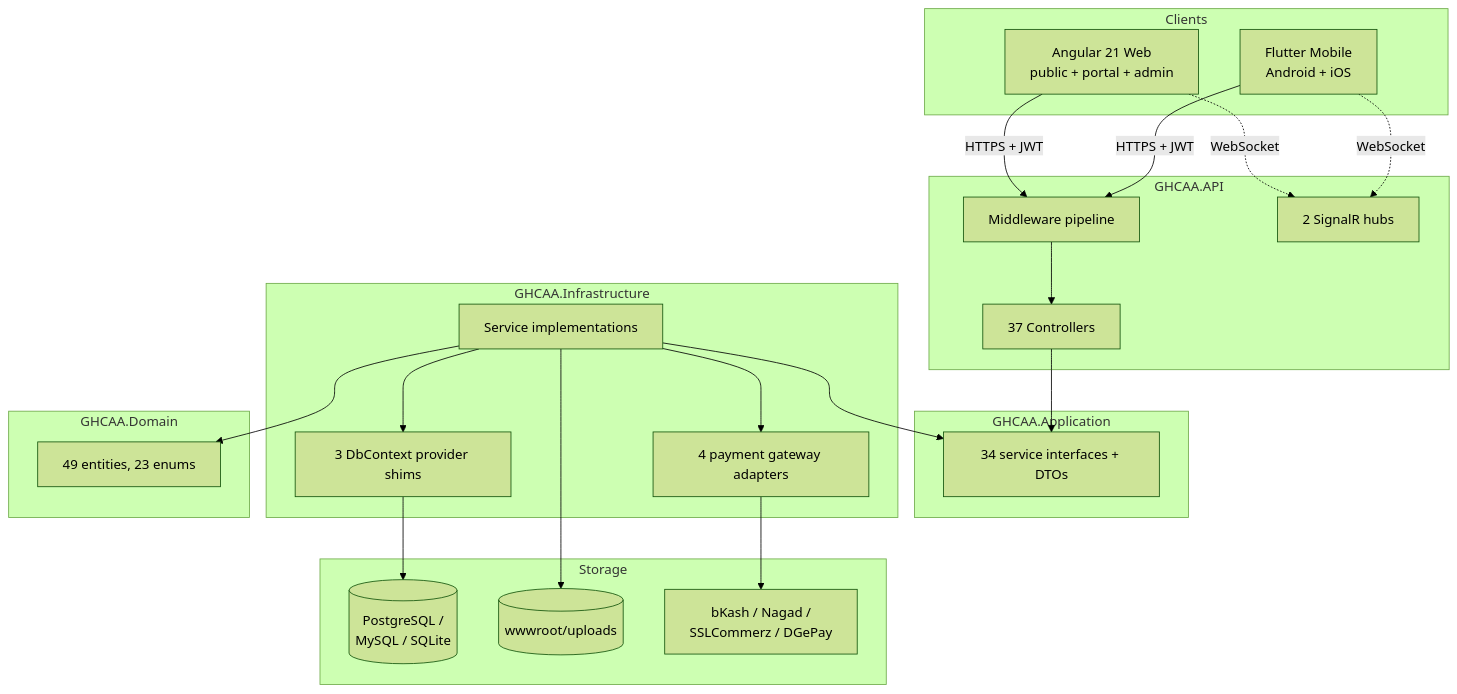
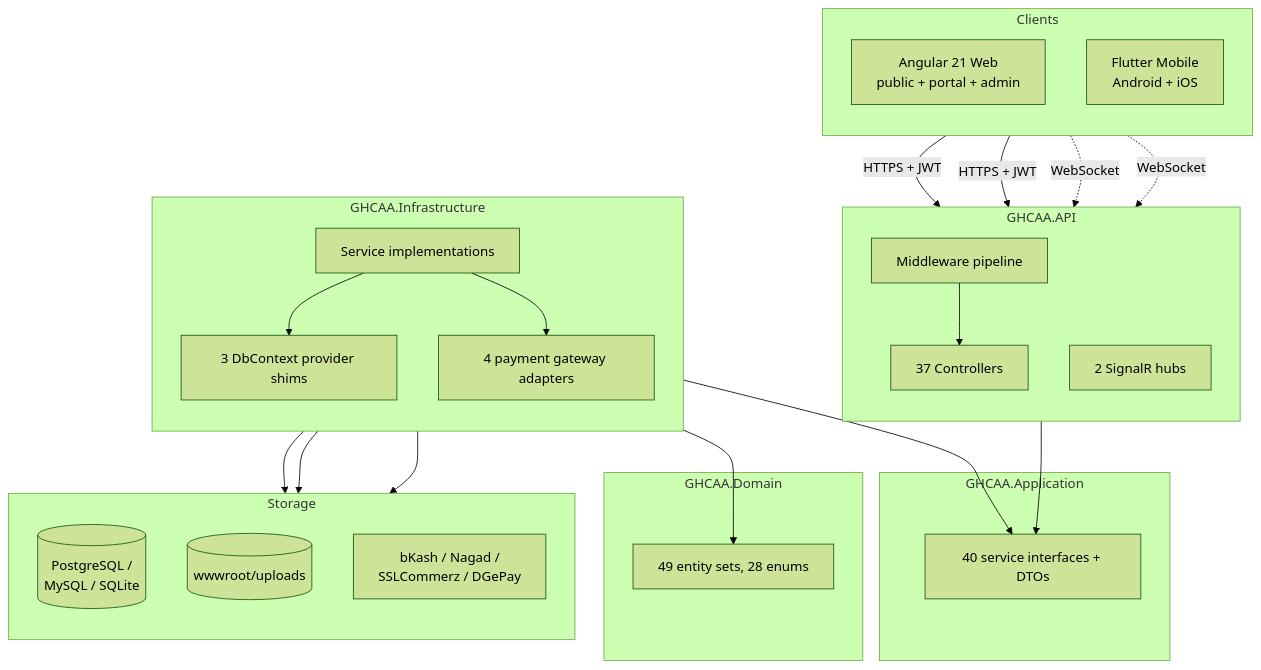
One commit to shalin-rahman/GHCAA changed the first of 13 diagrams in docs/book/06-architecture.md. Above: the diagram before and after it, drawn with Mermaid (forest theme). The commit also changed other lines of this file and 22 other files, not shown here.

First line of the commit message:
docs(book): align with the implementation, fit every figure to A4, print a real PDF

````diff
--- a/docs/book/06-architecture.md
+++ b/docs/book/06-architecture.md
@@ -566,39 +602,43 @@
 ```mermaid
 flowchart TB
     subgraph Clients
+      direction TB
       WEB[Angular 21 Web<br/>public + portal + admin]
       MOB[Flutter Mobile<br/>Android + iOS]
     end
     subgraph API_L["GHCAA.API"]
+      direction TB
       MW[Middleware pipeline]
       CTRL[37 Controllers]
       HUB[2 SignalR hubs]
     end
     subgraph APP_L["GHCAA.Application"]
-      IFACE[34 service interfaces + DTOs]
+      IFACE[40 service interfaces + DTOs]
     end
     subgraph INF_L["GHCAA.Infrastructure"]
+      direction TB
       SVC[Service implementations]
       GW[4 payment gateway adapters]
       DBC[3 DbContext provider shims]
     end
     subgraph DOM_L["GHCAA.Domain"]
-      ENT[49 entities, 23 enums]
+      ENT[49 entity sets, 28 enums]
     end
     subgraph STORE["Storage"]
+      direction TB
       DB[(PostgreSQL /<br/>MySQL / SQLite)]
       FS[(wwwroot/uploads)]
       EXT[bKash / Nagad /<br/>SSLCommerz / DGePay]
     end
     WEB -->|HTTPS + JWT| MW
     MOB -->|HTTPS + JWT| MW
     WEB -.->|WebSocket| HUB
     MOB -.->|WebSocket| HUB
     MW --> CTRL --> IFACE
     SVC --> IFACE
     SVC --> ENT
     SVC --> DBC --> DB
     SVC --> FS
     GW --> EXT
     SVC --> GW
 ```
````
